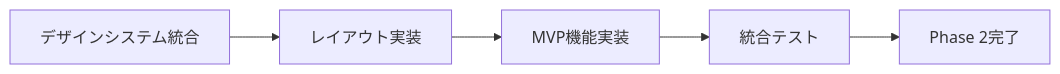
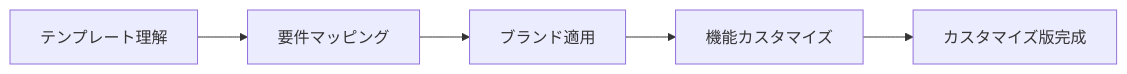
One commit to PLUG365/DecisionFlow changed the fourth of 7 diagrams in README.md. Above: the diagram before and after it, drawn with Mermaid. The commit also changed other lines of this file and 7 other files, not shown here.

````diff
--- a/README.md
+++ b/README.md
@@ -190,7 +207,7 @@
 ```mermaid
 graph LR
-    A[デザインシステム統合] --> B[レイアウト実装]
-    B --> C[MVP機能実装]
-    C --> D[統合テスト]
-    D --> E[Phase 2完了]
+    A[テンプレート理解] --> B[要件マッピング]
+    B --> C[ブランド適用]
+    C --> D[機能カスタマイズ]
+    D --> E[カスタマイズ版完成]
 ```
````
